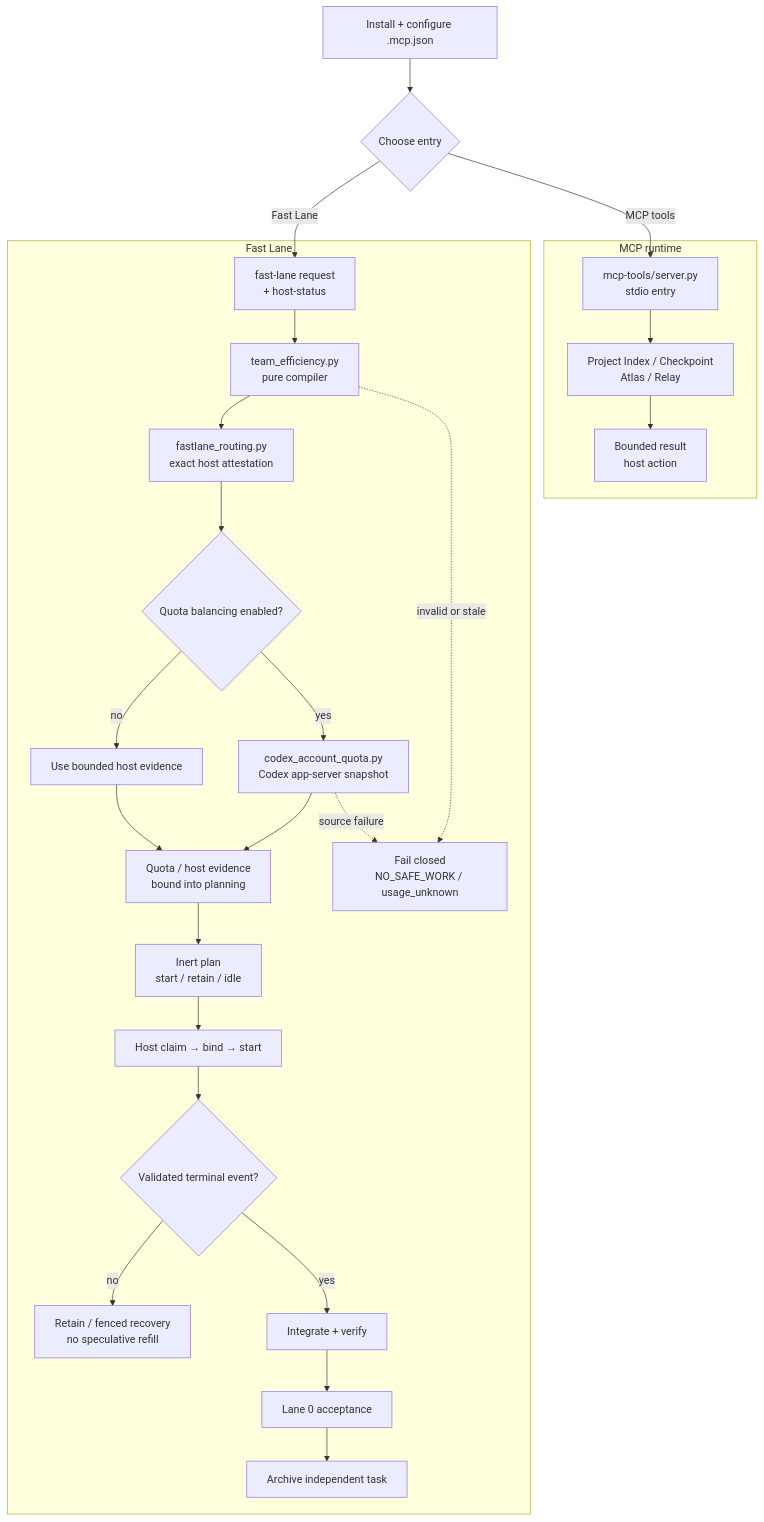
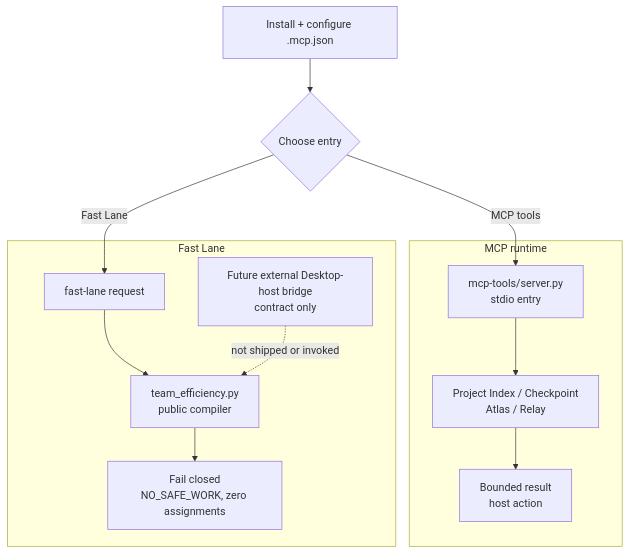
The diagram in README.md (2718labs/2718lab-devkit), drawn with Mermaid before and after one commit. The commit also changed other lines of this file and 1 other file, not shown here.

Commit message:
docs: clarify fastlane public boundary

````diff
--- a/README.md
+++ b/README.md
@@ -68,25 +68,14 @@
 ```mermaid
 flowchart TD
     A["Install + configure .mcp.json"] --> B{"Choose entry"}
     subgraph MCP["MCP runtime"]
         C["mcp-tools/server.py<br/>stdio entry"] --> D["Project Index / Checkpoint<br/>Atlas / Relay"] --> E["Bounded result<br/>host action"]
     end
     subgraph FAST["Fast Lane"]
-        F["fast-lane request<br/>+ host-status"] --> G["team_efficiency.py<br/>pure compiler"]
-        G --> H["fastlane_routing.py<br/>exact host attestation"]
-        H --> I{"Quota balancing enabled?"}
-        I -->|yes| J["codex_account_quota.py<br/>Codex app-server snapshot"]
-        I -->|no| K["Use bounded host evidence"]
-        J --> L["Quota / host evidence<br/>bound into planning"]
-        K --> L
-        L --> M["Inert plan<br/>start / retain / idle"]
-        M --> N["Host claim → bind → start"]
-        N --> O{"Validated terminal event?"}
-        O -->|no| P["Retain / fenced recovery<br/>no speculative refill"]
-        O -->|yes| Q["Integrate + verify"] --> R["Lane 0 acceptance"] --> S["Archive independent task"]
-        G -. "invalid or stale" .-> X["Fail closed<br/>NO_SAFE_WORK / usage_unknown"]
-        J -. "source failure" .-> X
+        F["fast-lane request"] --> G["team_efficiency.py<br/>public compiler"]
+        G --> X["Fail closed<br/>NO_SAFE_WORK, zero assignments"]
+        H["Future external Desktop-host bridge<br/>contract only"] -. "not shipped or invoked" .-> G
     end
     B -->|MCP tools| C
     B -->|Fast Lane| F
 ```
````
